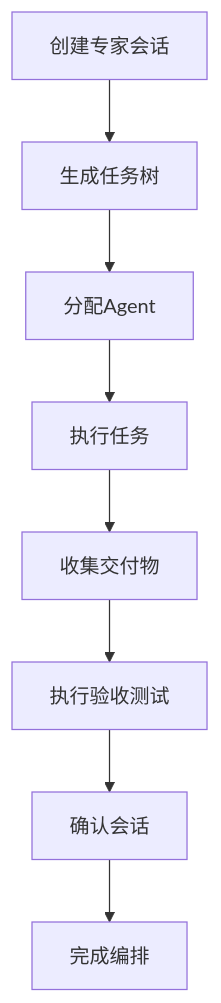
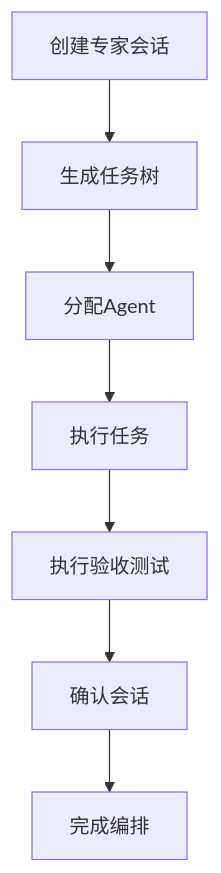
One commit to coconilu/RepoHelm changed the tenth of 23 diagrams in .qoder/repowiki/zh/content/Web 前端应用/Web 前端应用.md. Above: the diagram before and after it, drawn with Mermaid. The commit also changed other lines of this file and 7 other files, not shown here.

````diff
--- a/.qoder/repowiki/zh/content/Web 前端应用/Web 前端应用.md
+++ b/.qoder/repowiki/zh/content/Web 前端应用/Web 前端应用.md
@@ -568,10 +627,9 @@
 ```mermaid
 flowchart TD
 CreateSession["创建专家会话"] --> PlanTasks["生成任务树"]
 PlanTasks --> AssignAgents["分配Agent"]
 AssignAgents --> ExecuteTasks["执行任务"]
-ExecuteTasks --> CollectArtifacts["收集交付物"]
-CollectArtifacts --> RunTests["执行验收测试"]
+ExecuteTasks --> RunTests["执行验收测试"]
 RunTests --> ConfirmSession["确认会话"]
 ConfirmSession --> Complete["完成编排"]
 ```
````
